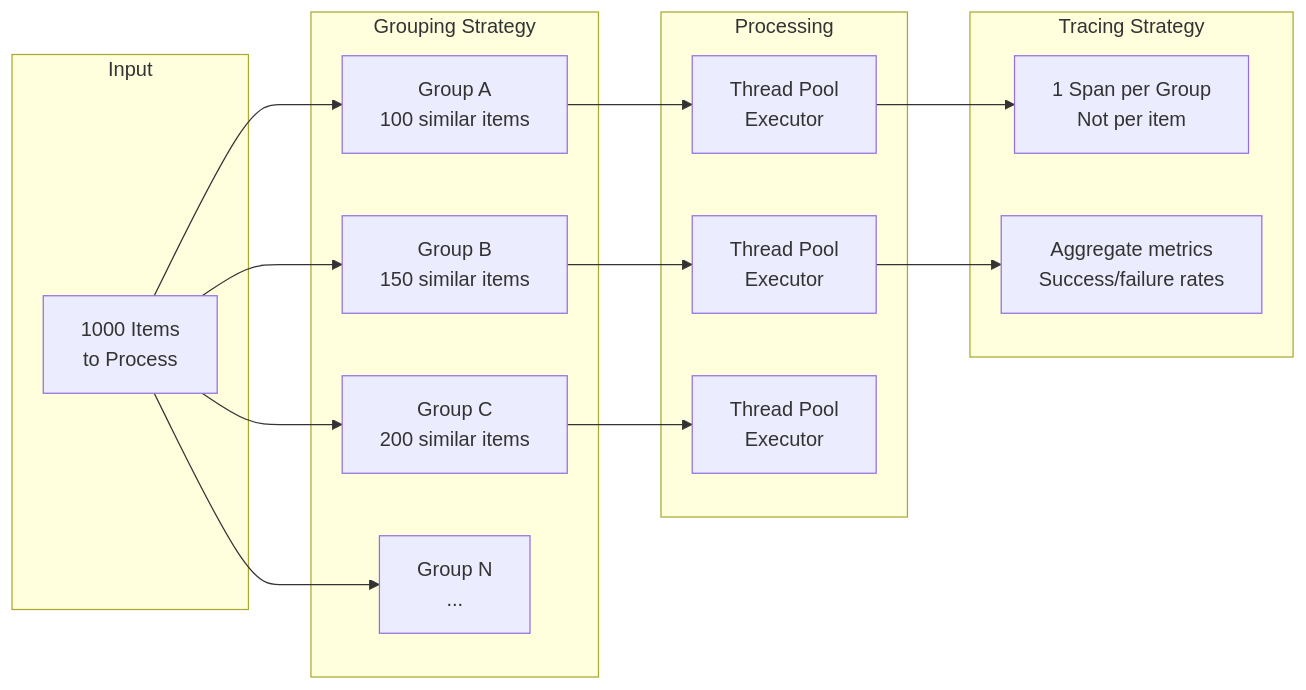
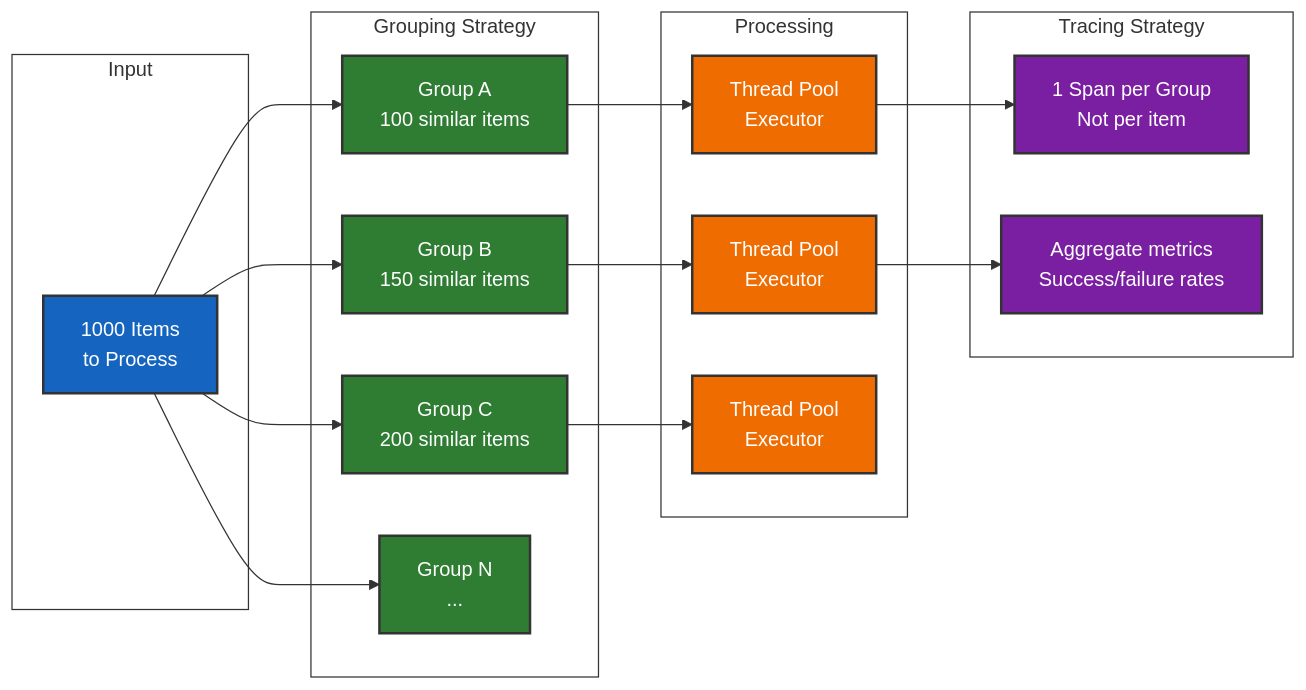
Before and after one commit to honeyhiveai/python-sdk: diagram 12 of 15 in docs/explanation/architecture/diagrams.rst, drawn with Mermaid. The commit also changed other lines of this file and 44 other files, not shown here.

```diff
--- a/docs/explanation/architecture/diagrams.rst
+++ b/docs/explanation/architecture/diagrams.rst
@@ -361,36 +427,47 @@
 .. mermaid::
 
+   %%{init: {'theme':'base', 'themeVariables': {'primaryColor': '#1565c0', 'primaryTextColor': '#ffffff', 'primaryBorderColor': '#333333', 'lineColor': '#333333', 'secondaryColor': '#2e7d32', 'tertiaryColor': '#ef6c00', 'background': 'transparent', 'mainBkg': 'transparent', 'secondBkg': 'transparent', 'nodeBkg': '#1565c0', 'nodeBorder': '#333333', 'clusterBkg': 'transparent', 'clusterBorder': '#333333', 'defaultLinkColor': '#333333', 'titleColor': '#333333', 'edgeLabelBackground': 'transparent', 'nodeTextColor': '#ffffff'}, 'flowchart': {'linkColor': '#333333', 'linkWidth': 2}}}%%
    graph LR
        subgraph "Input"
            Items["1000 Items<br/>to Process"]
        end
        
        subgraph "Grouping Strategy"
            Group1["Group A<br/>100 similar items"]
            Group2["Group B<br/>150 similar items"]
            Group3["Group C<br/>200 similar items"]
            GroupN["Group N<br/>..."]
        end
        
        subgraph "Processing"
            Thread1["Thread Pool<br/>Executor"]
            Thread2["Thread Pool<br/>Executor"]
            Thread3["Thread Pool<br/>Executor"]
        end
        
        subgraph "Tracing Strategy"
            Span1["1 Span per Group<br/>Not per item"]
            Span2["Aggregate metrics<br/>Success/failure rates"]
        end
        
        Items --> Group1
        Items --> Group2
        Items --> Group3
        Items --> GroupN
        
        Group1 --> Thread1
        Group2 --> Thread2
        Group3 --> Thread3
        
        Thread1 --> Span1
        Thread2 --> Span2
+       
+       classDef inputClass fill:#1565c0,stroke:#333333,stroke-width:2px,color:#ffffff
+       classDef groupClass fill:#2e7d32,stroke:#333333,stroke-width:2px,color:#ffffff
+       classDef processClass fill:#ef6c00,stroke:#333333,stroke-width:2px,color:#ffffff
+       classDef spanClass fill:#7b1fa2,stroke:#333333,stroke-width:2px,color:#ffffff
+       
+       class Items inputClass
+       class Group1,Group2,Group3,GroupN groupClass
+       class Thread1,Thread2,Thread3 processClass
+       class Span1,Span2 spanClass
```
